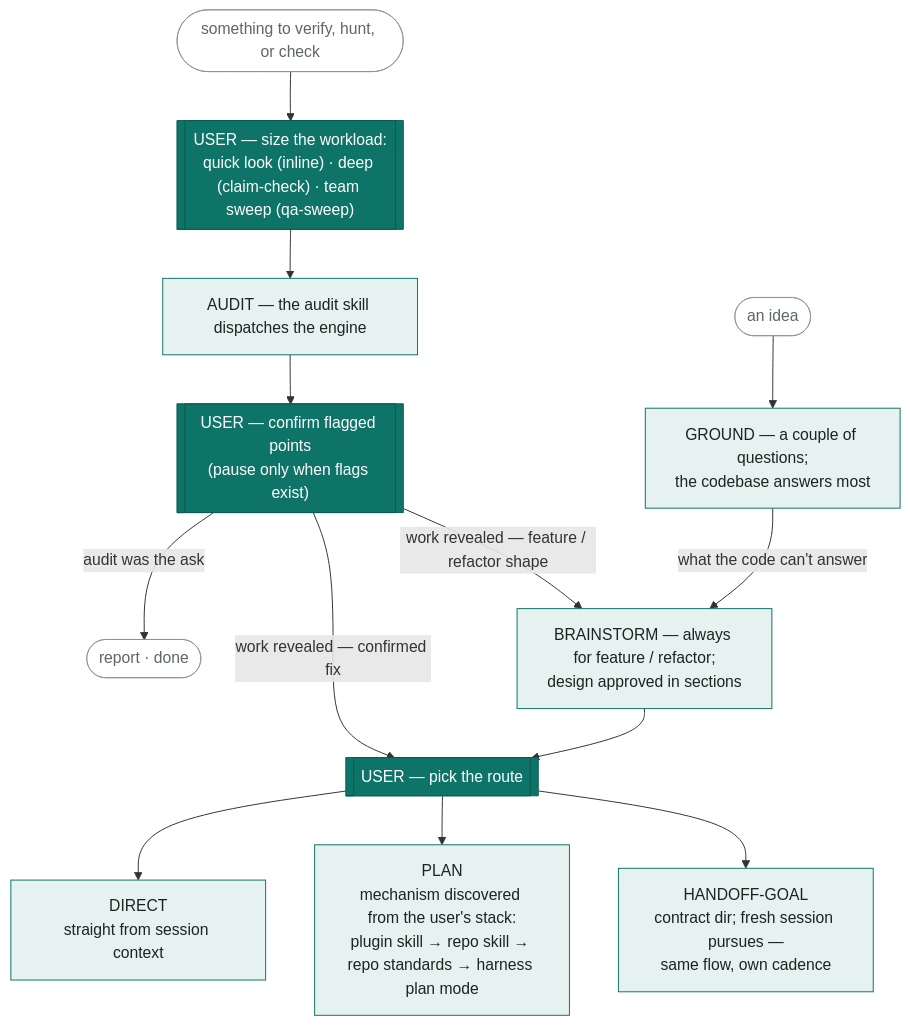
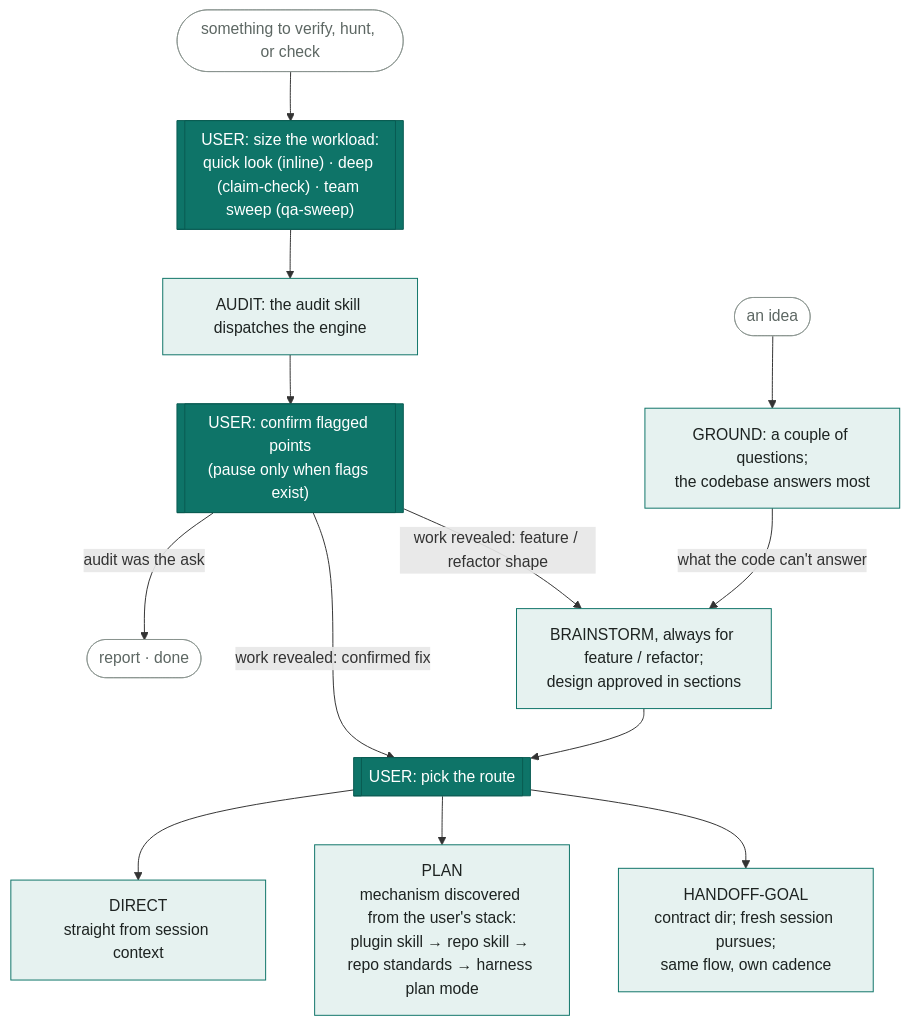
One commit to giostriquer/workshop changed the first of 2 diagrams in docs/workbench-flow.md. Above: the diagram before and after it, drawn with Mermaid. The commit also changed other lines of this file and 196 other files, not shown here.

````diff
--- a/docs/workbench-flow.md
+++ b/docs/workbench-flow.md
@@ -16,22 +16,22 @@
 ```mermaid
 flowchart TD
     classDef gate fill:#0e7468,stroke:#0a5c52,color:#ffffff
     classDef stage fill:#e6f2f0,stroke:#0e7468,color:#1d2321
     classDef term fill:none,stroke:#8a948f,color:#5d6763
 
     A0([something to verify, hunt, or check]):::term --> A1
-    A1[["USER — size the workload:<br/>quick look (inline) · deep (claim-check) · team sweep (qa-sweep)"]]:::gate
-    A1 --> A2["AUDIT — the audit skill dispatches the engine"]:::stage
-    A2 --> A3[["USER — confirm flagged points<br/>(pause only when flags exist)"]]:::gate
+    A1[["USER: size the workload:<br/>quick look (inline) · deep (claim-check) · team sweep (qa-sweep)"]]:::gate
+    A1 --> A2["AUDIT: the audit skill dispatches the engine"]:::stage
+    A2 --> A3[["USER: confirm flagged points<br/>(pause only when flags exist)"]]:::gate
     A3 -->|audit was the ask| A4([report · done]):::term
-    A3 -->|"work revealed — feature / refactor shape"| B2
-    A3 -->|"work revealed — confirmed fix"| RG
+    A3 -->|"work revealed: feature / refactor shape"| B2
+    A3 -->|"work revealed: confirmed fix"| RG
 
-    B0([an idea]):::term --> B1["GROUND — a couple of questions;<br/>the codebase answers most"]:::stage
-    B1 -->|what the code can't answer| B2["BRAINSTORM — always for feature / refactor;<br/>design approved in sections"]:::stage
-    B2 --> RG[["USER — pick the route"]]:::gate
+    B0([an idea]):::term --> B1["GROUND: a couple of questions;<br/>the codebase answers most"]:::stage
+    B1 -->|what the code can't answer| B2["BRAINSTORM, always for feature / refactor;<br/>design approved in sections"]:::stage
+    B2 --> RG[["USER: pick the route"]]:::gate
 
     RG --> R1["DIRECT<br/>straight from session context"]:::stage
     RG --> R2["PLAN<br/>mechanism discovered from the user's stack:<br/>plugin skill → repo skill → repo standards → harness plan mode"]:::stage
-    RG --> R3["HANDOFF-GOAL<br/>contract dir; fresh session pursues —<br/>same flow, own cadence"]:::stage
+    RG --> R3["HANDOFF-GOAL<br/>contract dir; fresh session pursues;<br/>same flow, own cadence"]:::stage
 ```
````
